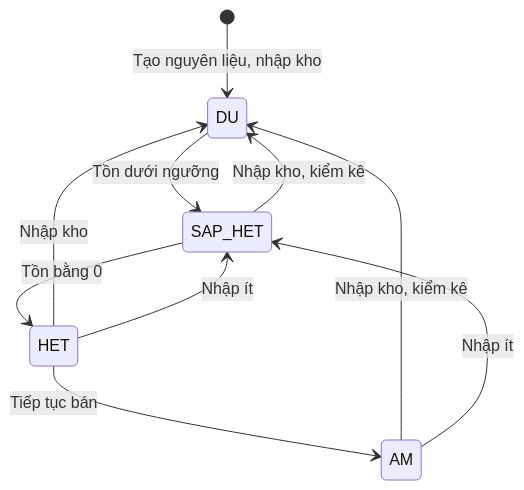
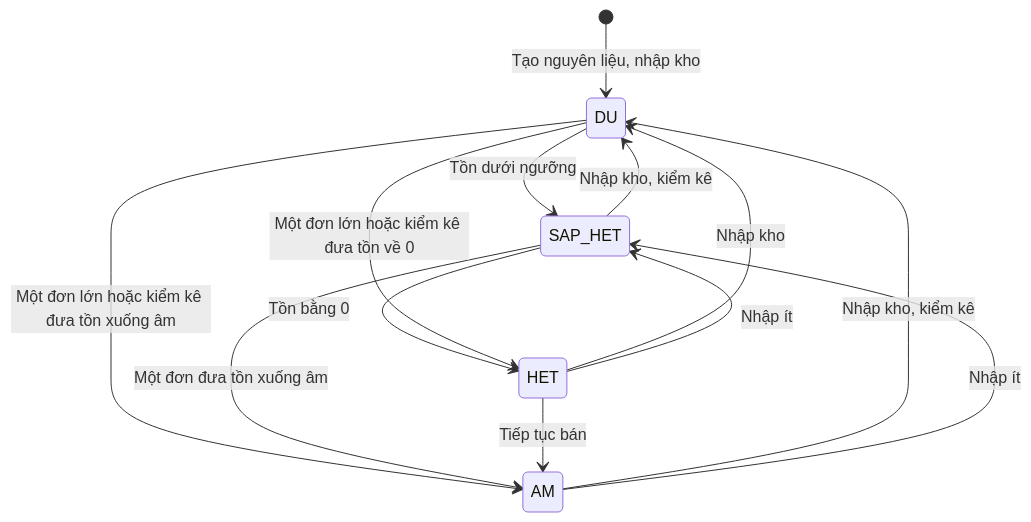
Before and after one commit to uxfoundation-vn/de06-quan-ly-don-tra-sua: the first of 7 diagrams in docs/TN05-kho-bao-cao-ca/SRS.md, drawn with Mermaid. The commit also changed 3 other files, not shown here.

````diff
--- a/docs/TN05-kho-bao-cao-ca/SRS.md
+++ b/docs/TN05-kho-bao-cao-ca/SRS.md
@@ -50,12 +50,15 @@
 ```mermaid
 stateDiagram-v2
   [*] --> DU : Tạo nguyên liệu, nhập kho
   DU --> SAP_HET : Tồn dưới ngưỡng
   SAP_HET --> HET : Tồn bằng 0
+  DU --> HET : Một đơn lớn hoặc kiểm kê đưa tồn về 0
+  DU --> AM : Một đơn lớn hoặc kiểm kê đưa tồn xuống âm
+  SAP_HET --> AM : Một đơn đưa tồn xuống âm
   HET --> AM : Tiếp tục bán
   SAP_HET --> DU : Nhập kho, kiểm kê
   HET --> DU : Nhập kho
   AM --> DU : Nhập kho, kiểm kê
   HET --> SAP_HET : Nhập ít
   AM --> SAP_HET : Nhập ít
 ```
````
